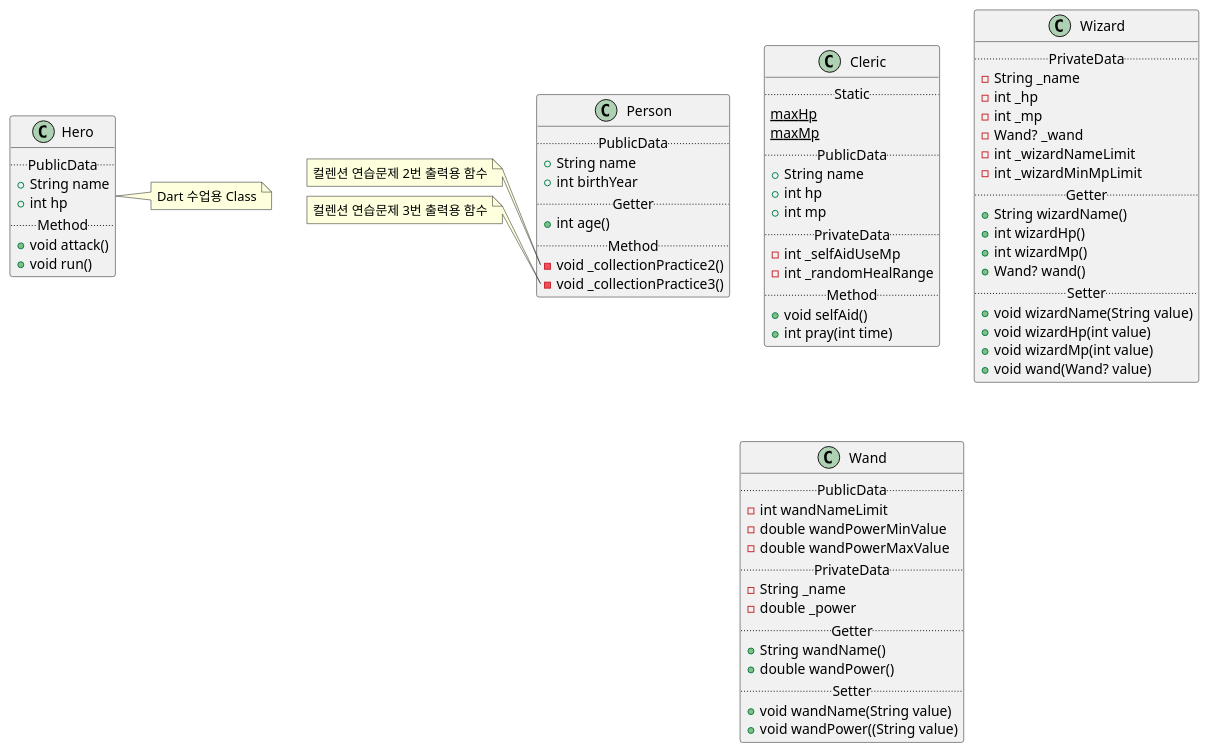
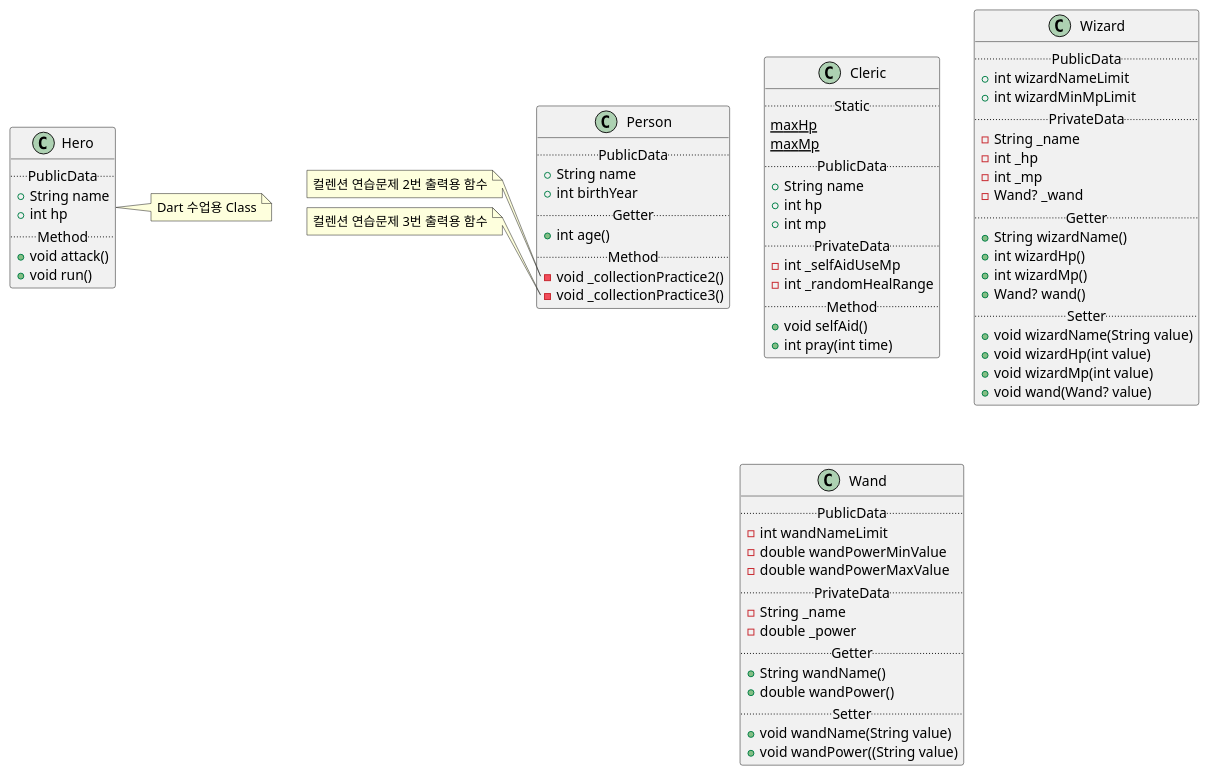
The diagram in lib/game.puml (SurvivalCodingCampus/sesac7_dart_study), drawn with PlantUML before and after one commit.

Commit message:
fix: game uml Wizard Class wizardNameLimit, wizardMinMpLimit public으로 수정

```diff
--- a/lib/game.puml
+++ b/lib/game.puml
@@ -1,83 +1,84 @@
 @startuml
 scale 1
 class Cleric {
     ..Static..
     {static} maxHp
     {static} maxMp
     ..PublicData..
     +String name
     +int hp
     +int mp
     ..PrivateData..
     -int _selfAidUseMp
     -int _randomHealRange
     ..Method..
     +void selfAid()
     +int pray(int time)
 }
 
 class Hero {
     ..PublicData..
     +String name
     +int hp
     ..Method..
     +void attack()
     +void run()
 }
 
 class Wizard {
+    ..PublicData..
+    +int wizardNameLimit
+    +int wizardMinMpLimit
     ..PrivateData..
     -String _name
     -int _hp
     -int _mp
     -Wand? _wand
-    -int _wizardNameLimit
-    -int _wizardMinMpLimit
     ..Getter..
     +String wizardName()
     +int wizardHp()
     +int wizardMp()
     +Wand? wand()
     ..Setter..
     +void wizardName(String value)
     +void wizardHp(int value)
     +void wizardMp(int value)
     +void wand(Wand? value)
 }
 
 class Wand {
     ..PublicData..
     -int wandNameLimit
     -double wandPowerMinValue
     -double wandPowerMaxValue
     ..PrivateData..
     -String _name
     -double _power
     ..Getter..
     +String wandName()
     +double wandPower()
     ..Setter..
     +void wandName(String value)
     +void wandPower((String value)
 }
 
 class Person {
     ..PublicData..
     +String name
     +int birthYear
     ..Getter..
     +int age()
     ..Method..
     -void _collectionPractice2()
     -void _collectionPractice3()
 }
 note right of Hero
     Dart 수업용 Class
 end note
 note left of Person::_collectionPractice2
     컬렌션 연습문제 2번 출력용 함수
 end note
 note left of Person::_collectionPractice3
     컬렌션 연습문제 3번 출력용 함수
 end note
 @enduml
```
